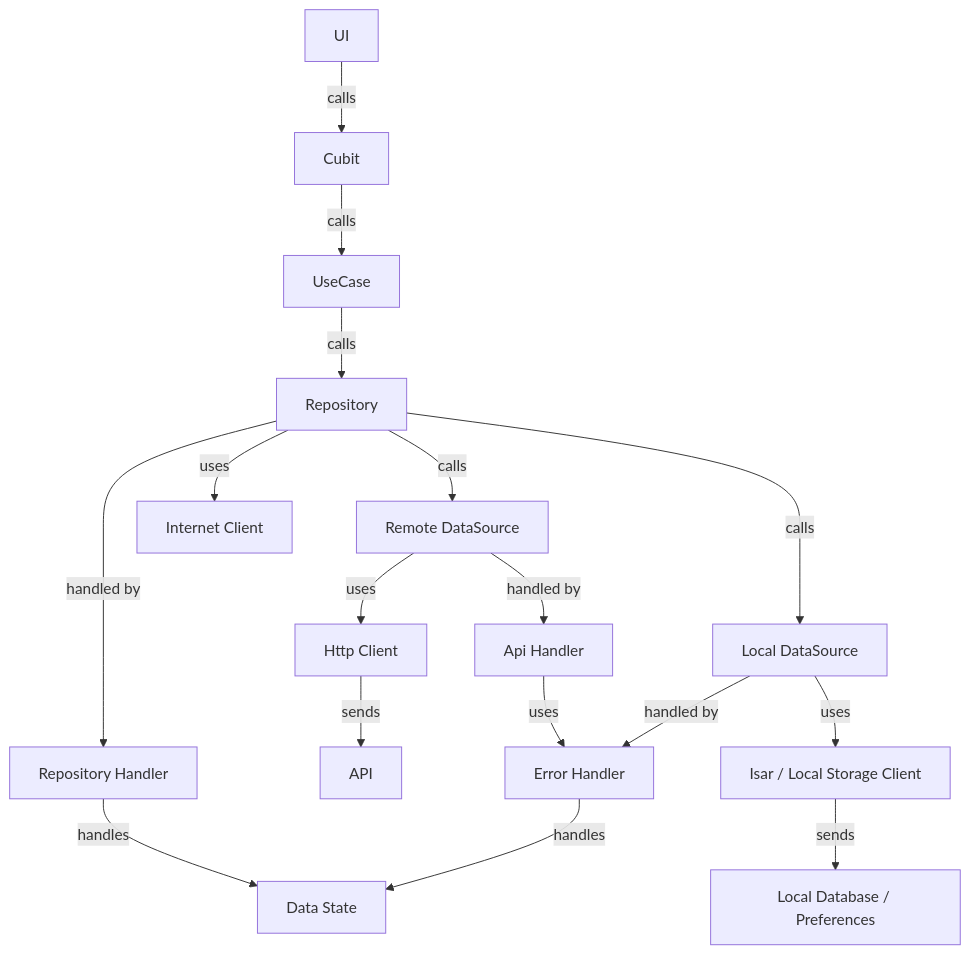
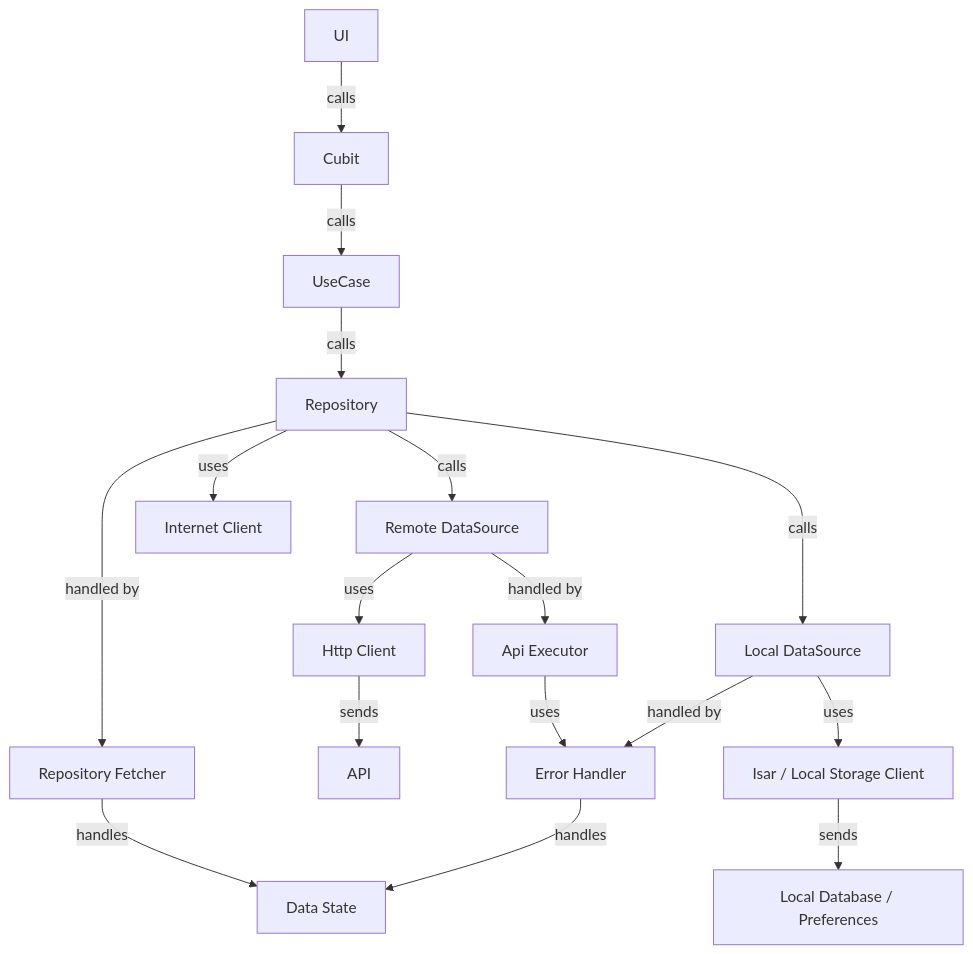
One commit to gaurishankar007/Flutter-Clean-Architecture changed the second of 3 diagrams in README.md. Above: the diagram before and after it, drawn with Mermaid. The commit also changed other lines of this file and 81 other files, not shown here.

Commit message:
refactor: overhaul core error handling architecture and migrate repository operations to centralized executors.

````diff
--- a/README.md
+++ b/README.md
@@ -306,18 +330,18 @@
 ```mermaid
 flowchart TD
   Z["UI"] -- calls --> A["Cubit"]
   A -- calls --> B["UseCase"]
   B -- calls --> C["Repository"]
   C -- calls --> D["Remote DataSource"] & E["Local DataSource"]
   C -- uses --> F["Internet Client"]
-  C -- handled by --> G1["Repository Handler"]
+  C -- handled by --> G1["Repository Fetcher"]
   G1 -- handles --> H["Data State"]
   D -- uses --> I["Http Client"]
-  D -- handled by --> G2["Api Handler"]
+  D -- handled by --> G2["Api Executor"]
   I -- sends --> J["API"]
   G2 -- uses --> M["Error Handler"]
   E -- handled by --> M
   M -- handles --> H
   E -- uses --> K["Isar / Local Storage Client"]
   K -- sends --> L["Local Database / Preferences"]
 ```
````
